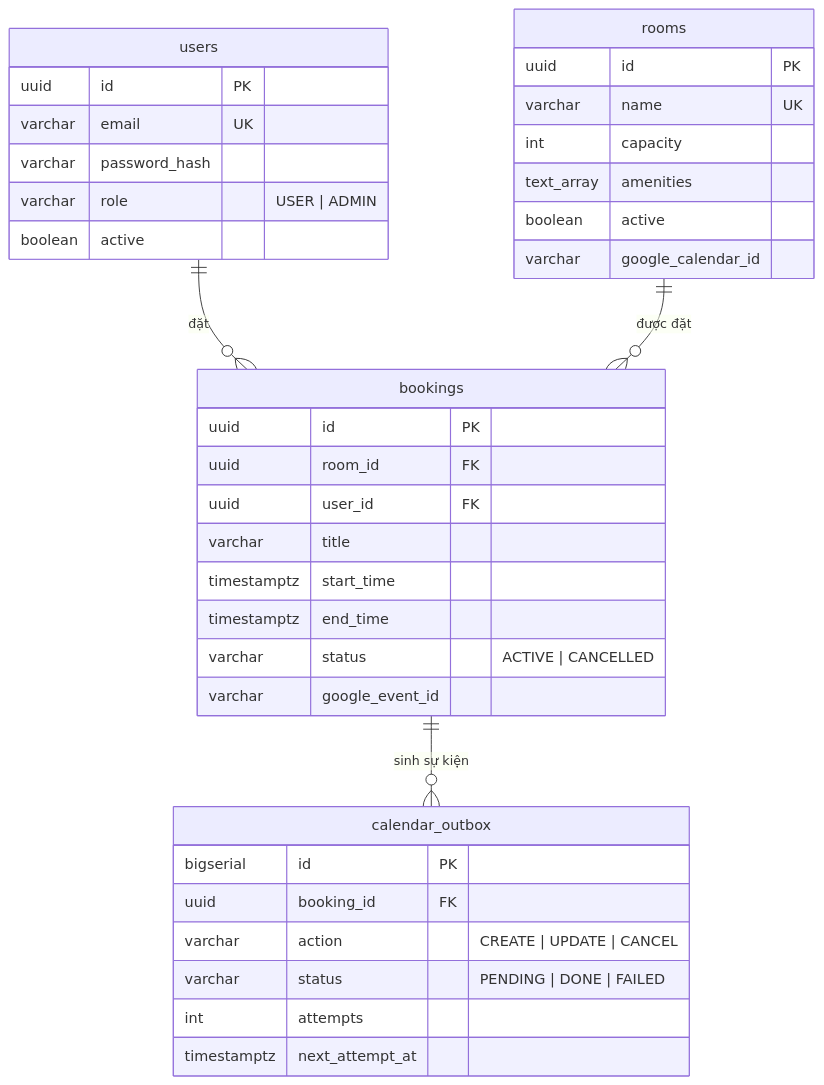
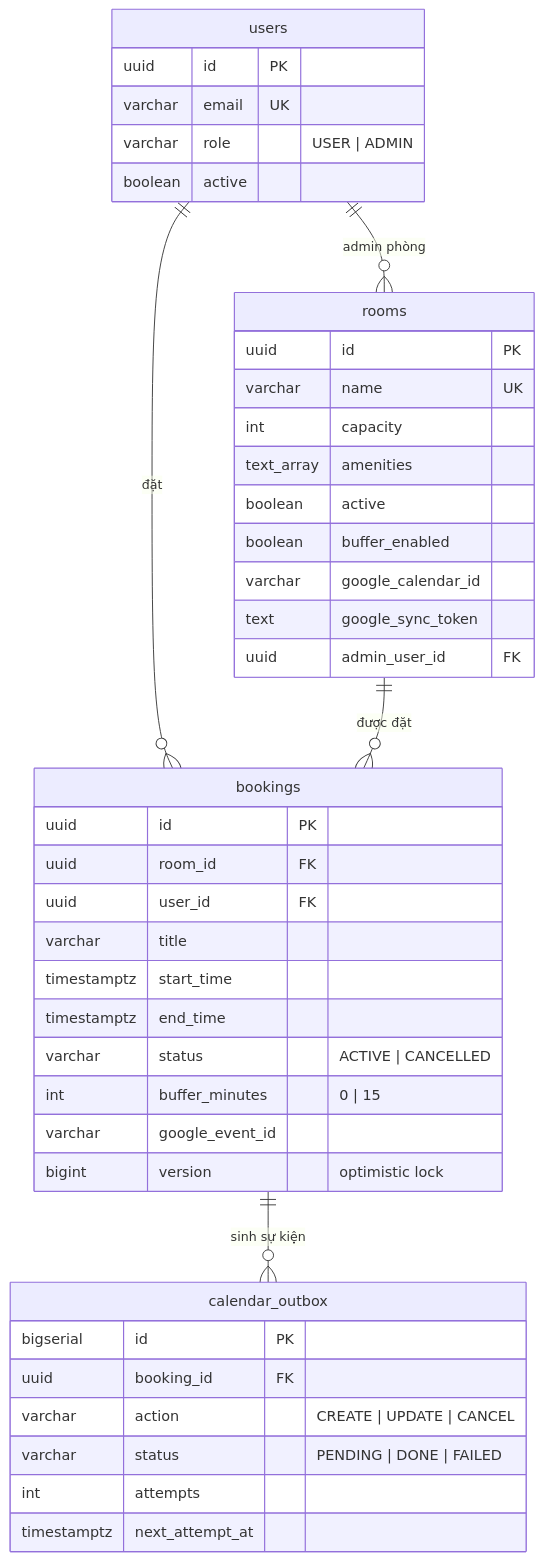
Before and after one commit to pxthinh/interview-dki: the diagram in README.md, drawn with Mermaid. The commit also changed other lines of this file, not shown here.

First line of the commit message:
docs: rewrite README around the full project flow and api reference

````diff
--- a/README.md
+++ b/README.md
@@ -187,40 +226,45 @@
 ```mermaid
 erDiagram
     users ||--o{ bookings : "đặt"
     rooms ||--o{ bookings : "được đặt"
+    users ||--o{ rooms : "admin phòng"
     bookings ||--o{ calendar_outbox : "sinh sự kiện"
 
     users {
         uuid id PK
         varchar email UK
-        varchar password_hash
         varchar role "USER | ADMIN"
         boolean active
     }
     rooms {
         uuid id PK
         varchar name UK
         int capacity
         text_array amenities
         boolean active
+        boolean buffer_enabled
         varchar google_calendar_id
+        text google_sync_token
+        uuid admin_user_id FK
     }
     bookings {
         uuid id PK
         uuid room_id FK
         uuid user_id FK
         varchar title
         timestamptz start_time
         timestamptz end_time
         varchar status "ACTIVE | CANCELLED"
+        int buffer_minutes "0 | 15"
         varchar google_event_id
+        bigint version "optimistic lock"
     }
     calendar_outbox {
         bigserial id PK
         uuid booking_id FK
         varchar action "CREATE | UPDATE | CANCEL"
         varchar status "PENDING | DONE | FAILED"
         int attempts
         timestamptz next_attempt_at
     }
 ```
````
